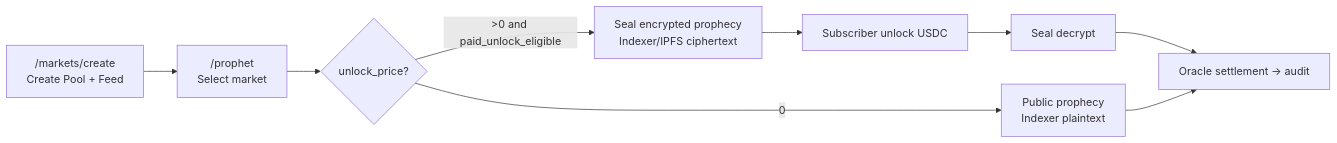
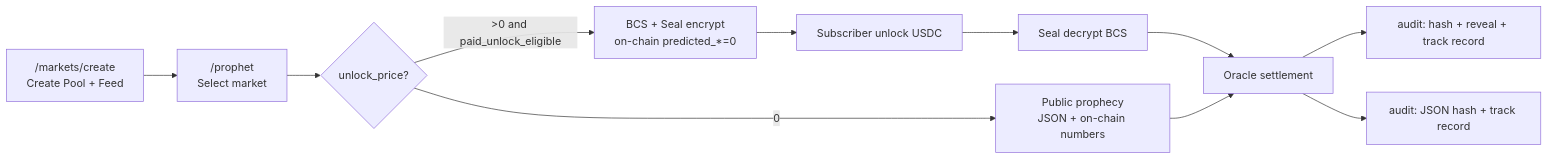
The diagram in docs/prophet-market-and-encryption-guide.md (bamaao/x-market), drawn with Mermaid before and after one commit. The commit also changed other lines of this file and 89 other files, not shown here.

First line of the commit message:
feat(prophet): paid prophecy BCS hiding and wallet-paid commits

````diff
--- a/docs/prophet-market-and-encryption-guide.md
+++ b/docs/prophet-market-and-encryption-guide.md
@@ -161,11 +167,13 @@
 ```mermaid
 flowchart LR
     A["/markets/create<br/>Create Pool + Feed"] --> B["/prophet<br/>Select market"]
     B --> C{"unlock_price?"}
-    C -->|0| D["Public prophecy<br/>Indexer plaintext"]
-    C -->|">0 and paid_unlock_eligible"| E["Seal encrypted prophecy<br/>Indexer/IPFS ciphertext"]
+    C -->|0| D["Public prophecy<br/>JSON + on-chain numbers"]
+    C -->|">0 and paid_unlock_eligible"| E["BCS + Seal encrypt<br/>on-chain predicted_*=0"]
     E --> F["Subscriber unlock USDC"]
-    F --> G["Seal decrypt"]
-    G --> H["Oracle settlement → audit"]
+    F --> G["Seal decrypt BCS"]
+    G --> H["Oracle settlement"]
+    H --> I["audit: hash + reveal + track record"]
     D --> H
+    H --> J["audit: JSON hash + track record"]
 ```
````
